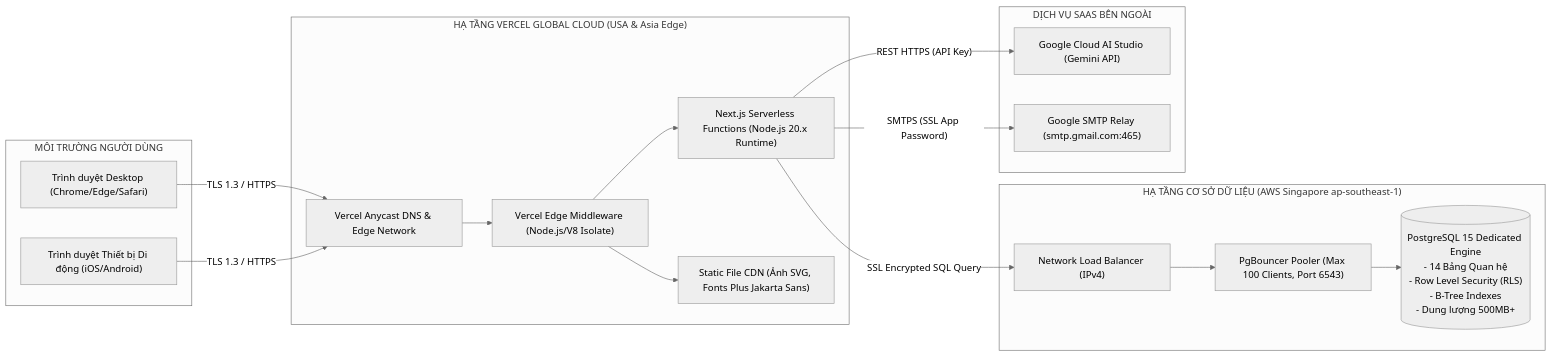
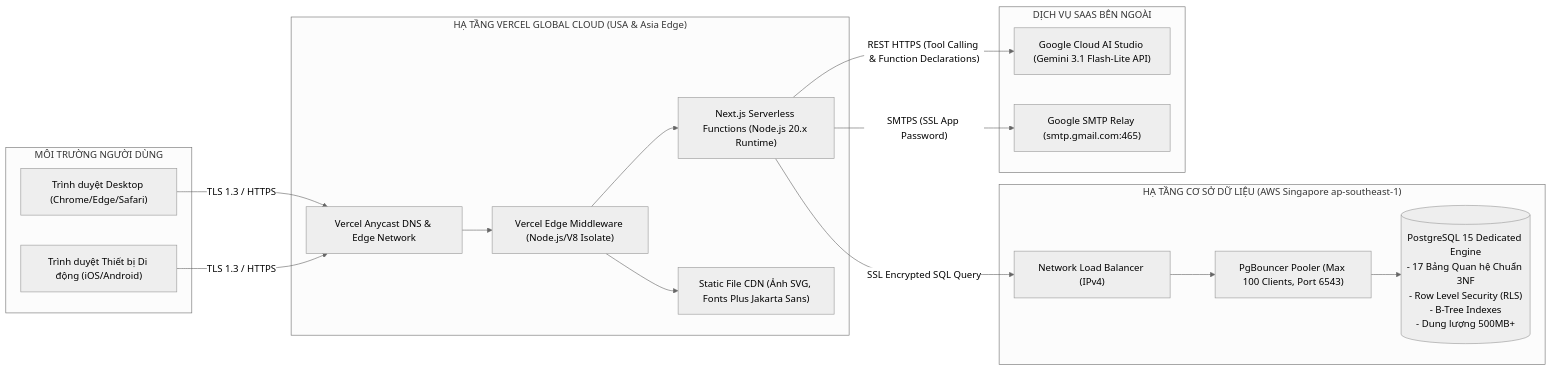
The fourth of 25 diagrams in Document_Project.md (Hanh-Dang/DALN-CNTT-1-1-26-N02_To-Sach), drawn with Mermaid (neutral theme) before and after one commit. The commit also changed other lines of this file and 2 other files, not shown here.

Commit message:
docs & feat: cập nhật tài liệu báo cáo, 7 câu hỏi bảo vệ đồ án và chuẩn 17 bảng quan hệ

````diff
--- a/Document_Project.md
+++ b/Document_Project.md
@@ -323,38 +344,38 @@
 ```mermaid
 graph LR
     subgraph ClientEnvironments["MÔI TRƯỜNG NGƯỜI DÙNG"]
         PC["Trình duyệt Desktop (Chrome/Edge/Safari)"]
         Mobile["Trình duyệt Thiết bị Di động (iOS/Android)"]
     end
 
     subgraph VercelEdgeCloud["HẠ TẦNG VERCEL GLOBAL CLOUD (USA & Asia Edge)"]
         DNS["Vercel Anycast DNS & Edge Network"]
         EdgeMiddleware["Vercel Edge Middleware (Node.js/V8 Isolate)"]
         ServerlessApp["Next.js Serverless Functions (Node.js 20.x Runtime)"]
         StaticAssets["Static File CDN (Ảnh SVG, Fonts Plus Jakarta Sans)"]
         
         DNS --> EdgeMiddleware
         EdgeMiddleware --> ServerlessApp
         EdgeMiddleware --> StaticAssets
     end
 
     subgraph SupabaseCloud["HẠ TẦNG CƠ SỞ DỮ LIỆU (AWS Singapore ap-southeast-1)"]
         LB["Network Load Balancer (IPv4)"]
         PgBouncerInstance["PgBouncer Pooler (Max 100 Clients, Port 6543)"]
-        PostgresEngine[("PostgreSQL 15 Dedicated Engine<br/>- 14 Bảng Quan hệ<br/>- Row Level Security (RLS)<br/>- B-Tree Indexes<br/>- Dung lượng 500MB+")]
+        PostgresEngine[("PostgreSQL 15 Dedicated Engine<br/>- 17 Bảng Quan hệ Chuẩn 3NF<br/>- Row Level Security (RLS)<br/>- B-Tree Indexes<br/>- Dung lượng 500MB+")]
         
         LB --> PgBouncerInstance
         PgBouncerInstance --> PostgresEngine
     end
 
     subgraph ThirdPartyCloud["DỊCH VỤ SAAS BÊN NGOÀI"]
-        GoogleGenAI["Google Cloud AI Studio (Gemini API)"]
+        GoogleGenAI["Google Cloud AI Studio (Gemini 3.1 Flash-Lite API)"]
         GoogleMail["Google SMTP Relay (smtp.gmail.com:465)"]
     end
 
     PC -->|TLS 1.3 / HTTPS| DNS
     Mobile -->|TLS 1.3 / HTTPS| DNS
     ServerlessApp -->|SSL Encrypted SQL Query| LB
-    ServerlessApp -->|"REST HTTPS (API Key)"| GoogleGenAI
+    ServerlessApp -->|"REST HTTPS (Tool Calling & Function Declarations)"| GoogleGenAI
     ServerlessApp -->|"SMTPS (SSL App Password)"| GoogleMail
 ```
````
